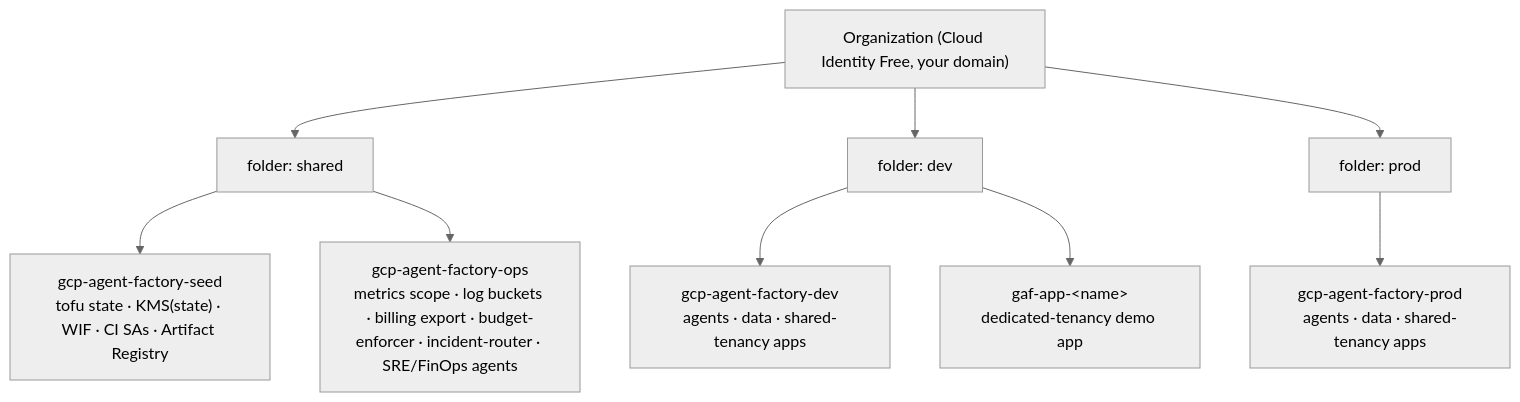
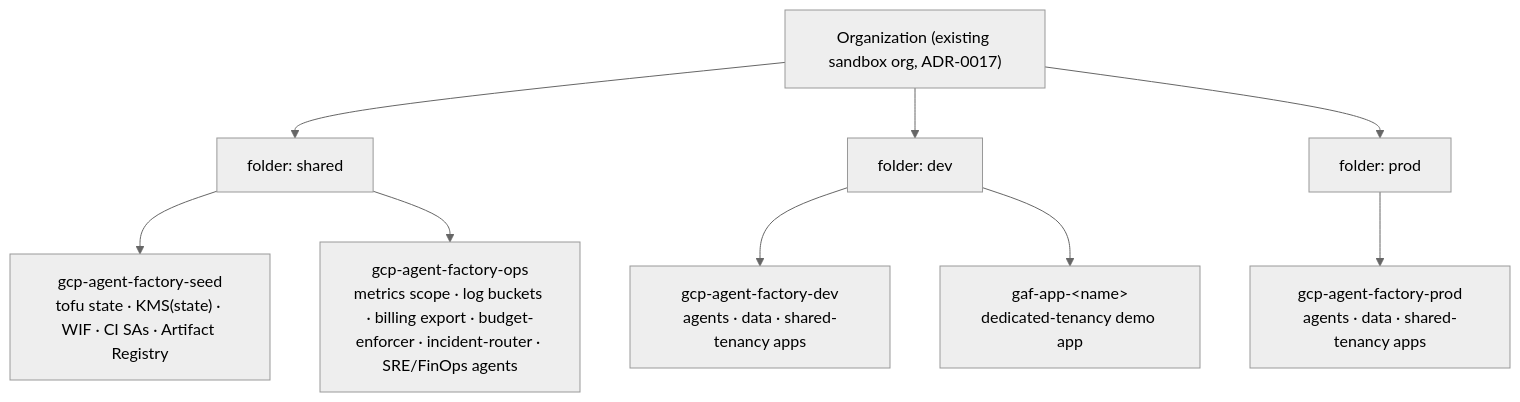
One commit to liljestk/gcp-agent-factory changed the first of 4 diagrams in docs/PLAN.md. Above: the diagram before and after it, drawn with Mermaid (neutral theme). The commit also changed other lines of this file and 5 other files, not shown here.

First line of the commit message:
docs: record the existing sandbox org in ADR-0017

````diff
--- a/docs/PLAN.md
+++ b/docs/PLAN.md
@@ -151,12 +151,12 @@
 ```mermaid
 graph TD
-  ORG["Organization (Cloud Identity Free, your domain)"]
+  ORG["Organization (existing sandbox org, ADR-0017)"]
   ORG --> FS["folder: shared"]
   ORG --> FD["folder: dev"]
   ORG --> FP["folder: prod"]
   FS --> SEED["gcp-agent-factory-seed<br/>tofu state · KMS(state) · WIF · CI SAs · Artifact Registry"]
   FS --> OPS["gcp-agent-factory-ops<br/>metrics scope · log buckets · billing export · budget-enforcer · incident-router · SRE/FinOps agents"]
   FD --> DEV["gcp-agent-factory-dev<br/>agents · data · shared-tenancy apps"]
   FD --> APP["gaf-app-&lt;name&gt;<br/>dedicated-tenancy demo app"]
   FP --> PROD["gcp-agent-factory-prod<br/>agents · data · shared-tenancy apps"]
 ```
````
